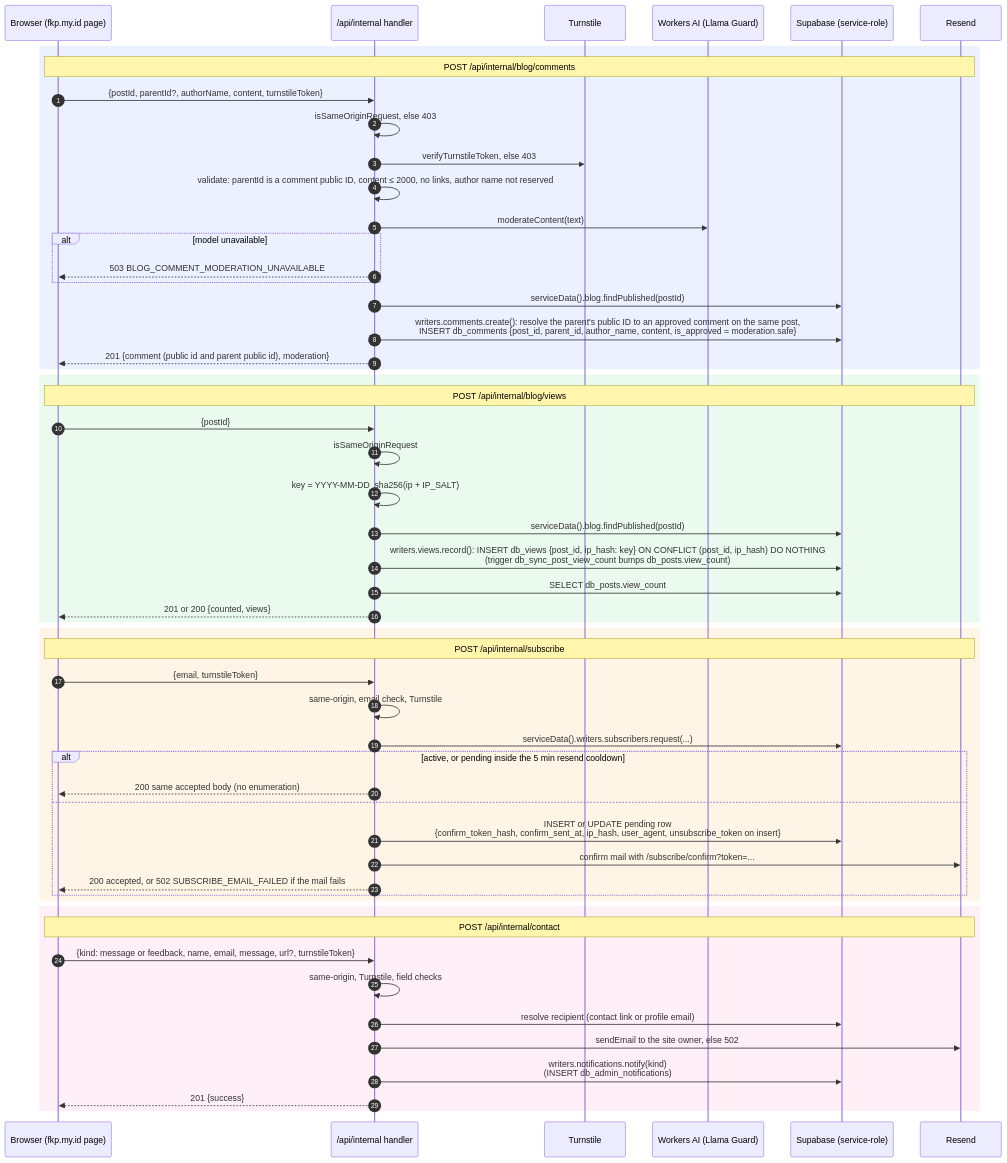
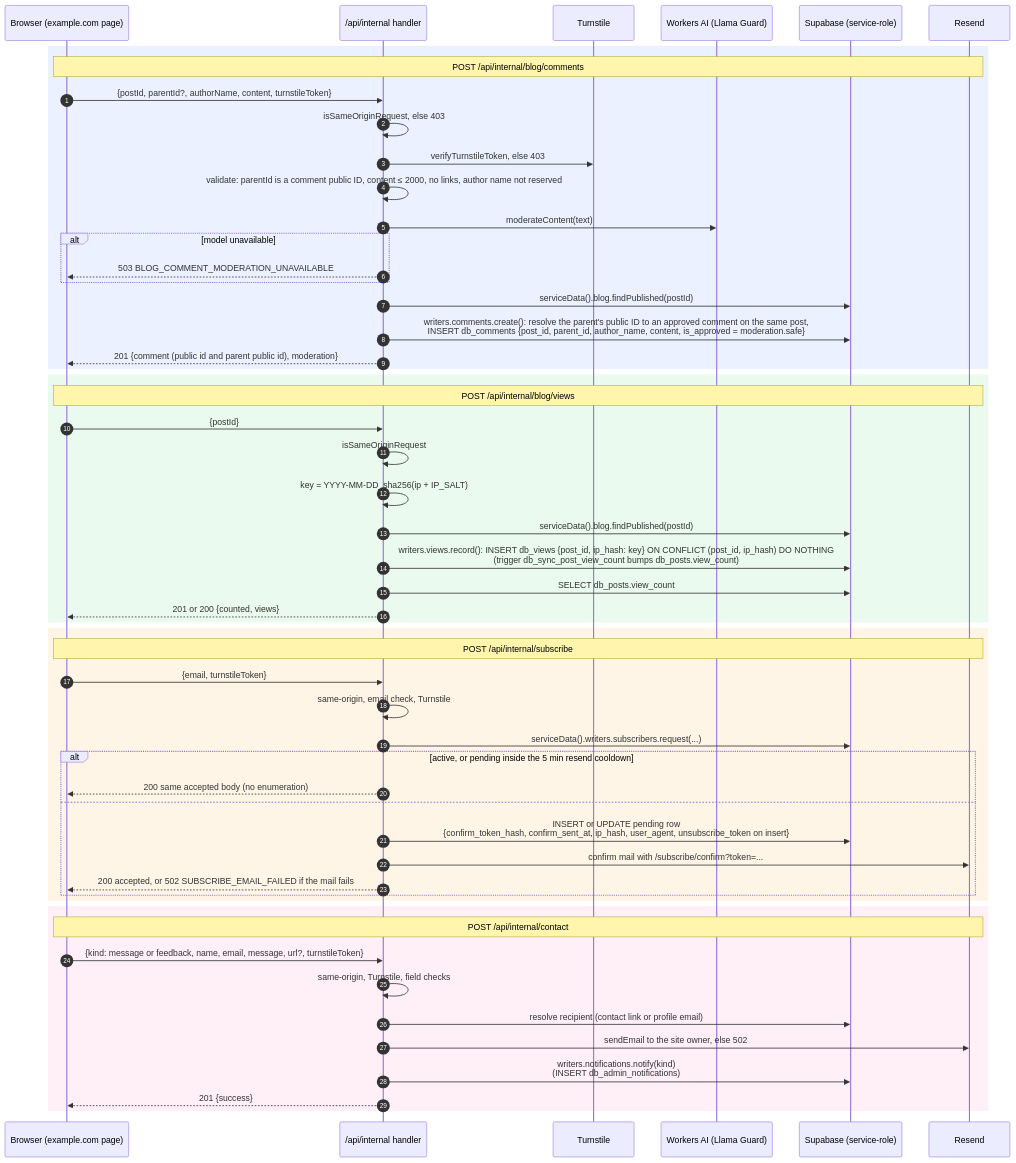
The diagram in docs/001-architecture/004-public-write-endpoints.md (farhnkrnapratma/idstead), drawn with Mermaid before and after one commit. The commit also changed 189 other files, not shown here.

````diff
--- a/docs/001-architecture/004-public-write-endpoints.md
+++ b/docs/001-architecture/004-public-write-endpoints.md
@@ -5,60 +5,60 @@
 ```mermaid
 sequenceDiagram
     autonumber
-    participant B as Browser (fkp.my.id page)
+    participant B as Browser (example.com page)
     participant H as /api/internal handler
     participant TS as Turnstile
     participant AI as Workers AI (Llama Guard)
     participant DB as Supabase (service-role)
     participant RS as Resend
 
     rect rgba(120, 160, 255, 0.15)
     Note over B,RS: POST /api/internal/blog/comments
     B->>H: {postId, parentId?, authorName, content, turnstileToken}
     H->>H: isSameOriginRequest, else 403
     H->>TS: verifyTurnstileToken, else 403
     H->>H: validate: parentId is a comment public ID, content ≤ 2000, no links, author name not reserved
     H->>AI: moderateContent(text)
     alt model unavailable
         H-->>B: 503 BLOG_COMMENT_MODERATION_UNAVAILABLE
     end
     H->>DB: serviceData().blog.findPublished(postId)
     H->>DB: writers.comments.create(): resolve the parent's public ID to an approved comment on the same post,<br/>INSERT db_comments {post_id, parent_id, author_name, content, is_approved = moderation.safe}
     H-->>B: 201 {comment (public id and parent public id), moderation}
     end
 
     rect rgba(120, 220, 140, 0.15)
     Note over B,RS: POST /api/internal/blog/views
     B->>H: {postId}
     H->>H: isSameOriginRequest
     H->>H: key = YYYY-MM-DD_sha256(ip + IP_SALT)
     H->>DB: serviceData().blog.findPublished(postId)
     H->>DB: writers.views.record(): INSERT db_views {post_id, ip_hash: key} ON CONFLICT (post_id, ip_hash) DO NOTHING<br/>(trigger db_sync_post_view_count bumps db_posts.view_count)
     H->>DB: SELECT db_posts.view_count
     H-->>B: 201 or 200 {counted, views}
     end
 
     rect rgba(255, 200, 120, 0.18)
     Note over B,RS: POST /api/internal/subscribe
     B->>H: {email, turnstileToken}
     H->>H: same-origin, email check, Turnstile
     H->>DB: serviceData().writers.subscribers.request(...)
     alt active, or pending inside the 5 min resend cooldown
         H-->>B: 200 same accepted body (no enumeration)
     else
         H->>DB: INSERT or UPDATE pending row<br/>{confirm_token_hash, confirm_sent_at, ip_hash, user_agent, unsubscribe_token on insert}
         H->>RS: confirm mail with /subscribe/confirm?token=...
         H-->>B: 200 accepted, or 502 SUBSCRIBE_EMAIL_FAILED if the mail fails
     end
     end
 
     rect rgba(255, 150, 200, 0.15)
     Note over B,RS: POST /api/internal/contact
     B->>H: {kind: message or feedback, name, email, message, url?, turnstileToken}
     H->>H: same-origin, Turnstile, field checks
     H->>DB: resolve recipient (contact link or profile email)
     H->>RS: sendEmail to the site owner, else 502
     H->>DB: writers.notifications.notify(kind)<br/>(INSERT db_admin_notifications)
     H-->>B: 201 {success}
     end
 ```
````
